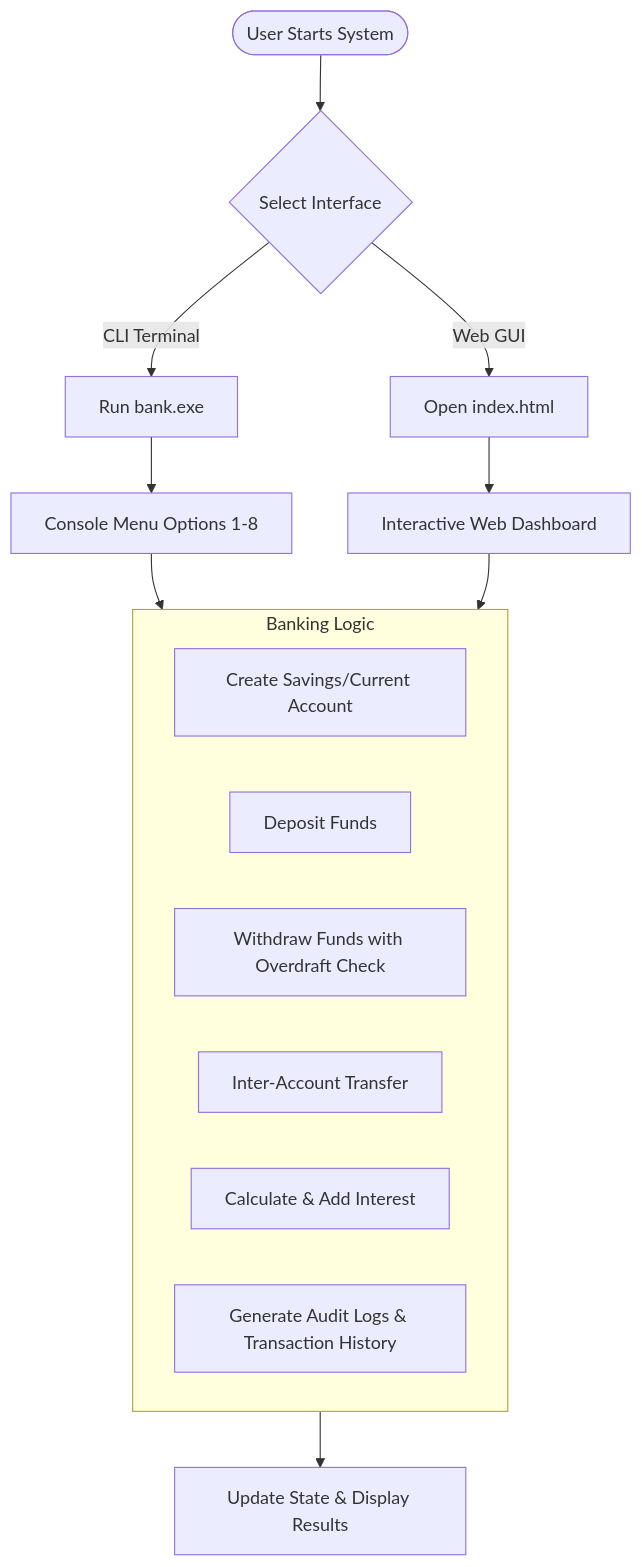
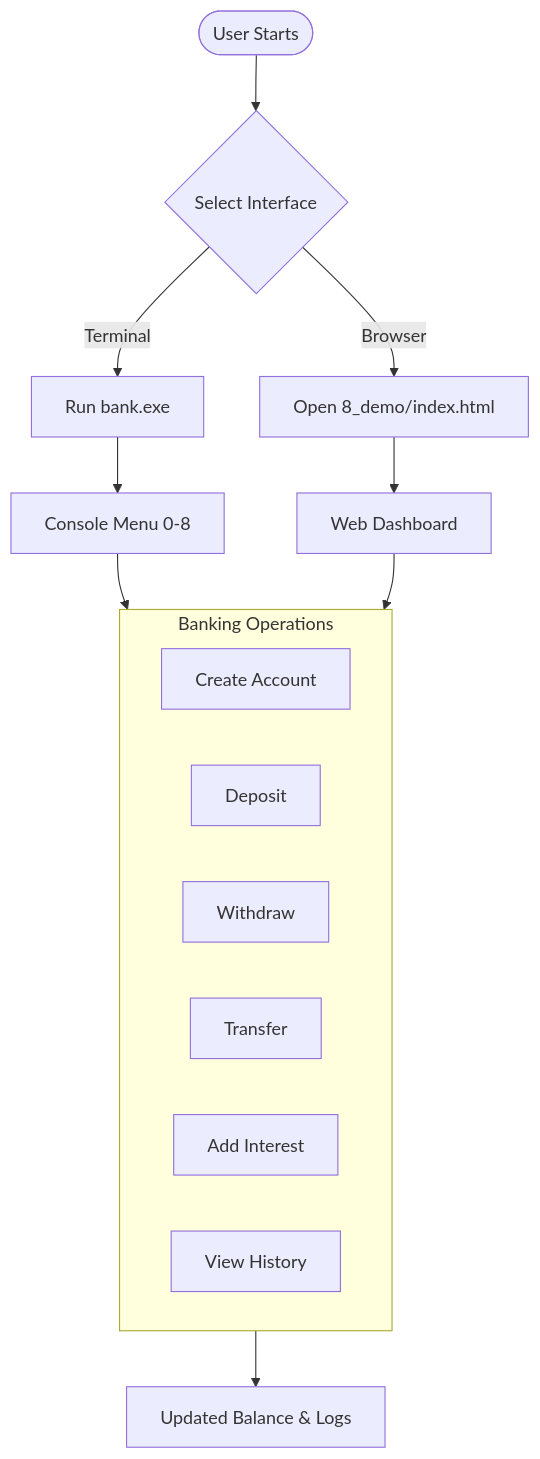
Before and after one commit to razashoeb840/CPP_Bank_Account_Management_System_SHOEB_RAZA: the diagram in README.md, drawn with Mermaid. The commit also changed other lines of this file, not shown here.

````diff
--- a/README.md
+++ b/README.md
@@ -101,24 +83,19 @@
 ```mermaid
 flowchart TD
-    Start([User Starts System]) --> Choice{Select Interface}
-    
-    Choice -->|CLI Terminal| CppApp[Run bank.exe]
-    Choice -->|Web GUI| WebApp[Open index.html]
-    
-    CppApp --> Menu[Console Menu Options 1-8]
-    WebApp --> GUI[Interactive Web Dashboard]
-
+    Start([User Starts]) --> Choice{Select Interface}
+    Choice -->|Terminal| CppApp[Run bank.exe]
+    Choice -->|Browser| WebApp[Open 8_demo/index.html]
+    CppApp --> Menu[Console Menu 0-8]
+    WebApp --> GUI[Web Dashboard]
     Menu --> Actions
     GUI --> Actions
-
-    subgraph Actions [Banking Logic]
-        A[Create Savings/Current Account]
-        B[Deposit Funds]
-        C[Withdraw Funds with Overdraft Check]
-        D[Inter-Account Transfer]
-        E[Calculate & Add Interest]
-        F[Generate Audit Logs & Transaction History]
+    subgraph Actions [Banking Operations]
+        A[Create Account]
+        B[Deposit]
+        C[Withdraw]
+        D[Transfer]
+        E[Add Interest]
+        F[View History]
     end
-
-    Actions --> Sync[Update State & Display Results]
+    Actions --> Result[Updated Balance & Logs]
 ```
````
